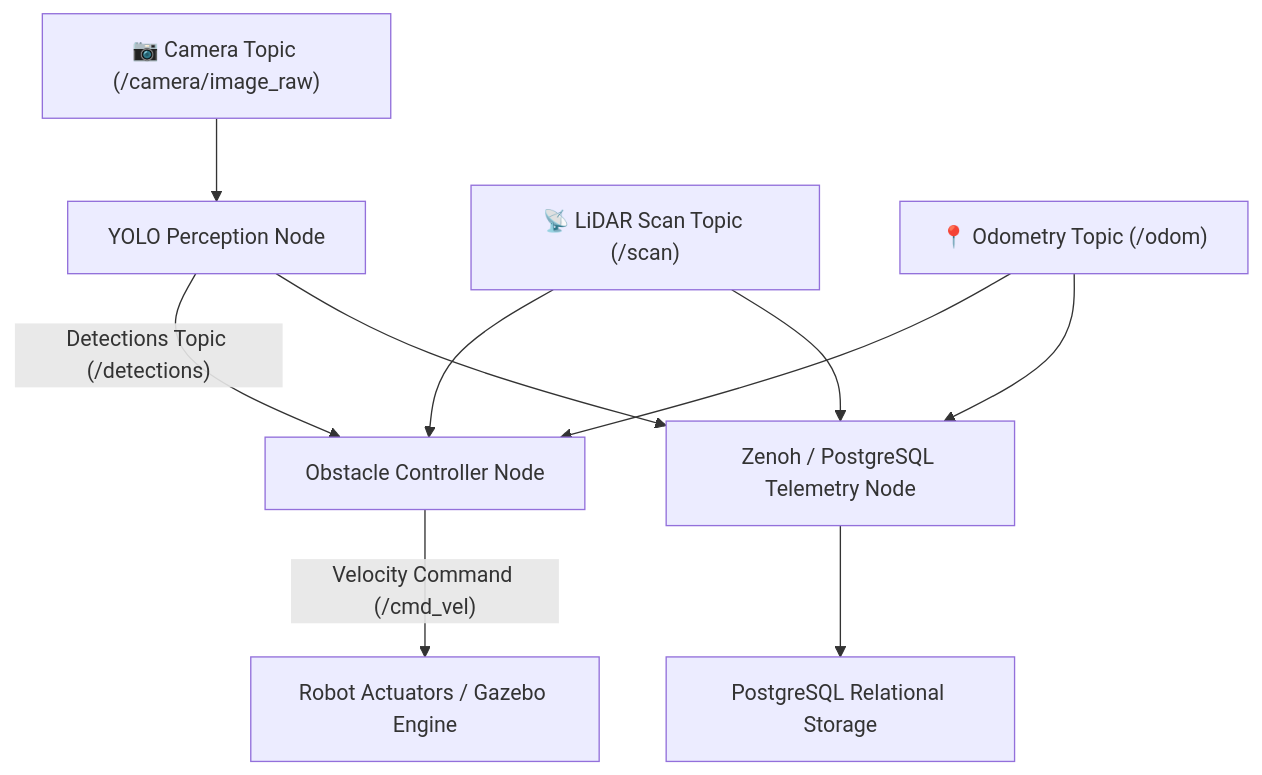
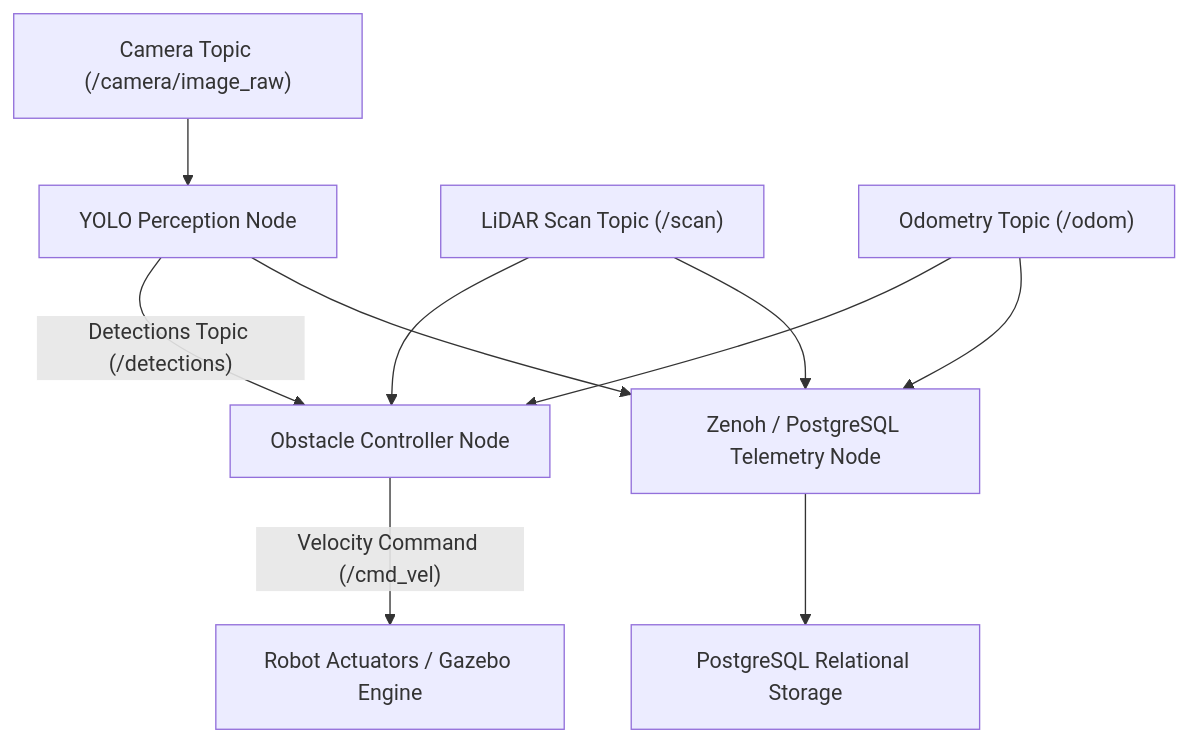
Before and after one commit to shivangisrivastava013/ROS2-Autonomous-Robot-Navigation: the diagram in README.md, drawn with Mermaid. The commit also changed other lines of this file, not shown here.

````diff
--- a/README.md
+++ b/README.md
@@ -15,12 +22,12 @@
 ```mermaid
 flowchart TD
-    A["📷 Camera Topic (/camera/image_raw)"] --> B["YOLO Perception Node"]
-    C["📡 LiDAR Scan Topic (/scan)"] --> D["Obstacle Controller Node"]
-    E["📍 Odometry Topic (/odom)"] --> D
+    A["Camera Topic (/camera/image_raw)"] --> B["YOLO Perception Node"]
+    C["LiDAR Scan Topic (/scan)"] --> D["Obstacle Controller Node"]
+    E["Odometry Topic (/odom)"] --> D
     B -->|"Detections Topic (/detections)"| D
     D -->|"Velocity Command (/cmd_vel)"| F["Robot Actuators / Gazebo Engine"]
     B --> G["Zenoh / PostgreSQL Telemetry Node"]
     C --> G
     E --> G
     G --> H["PostgreSQL Relational Storage"]
 ```
````
